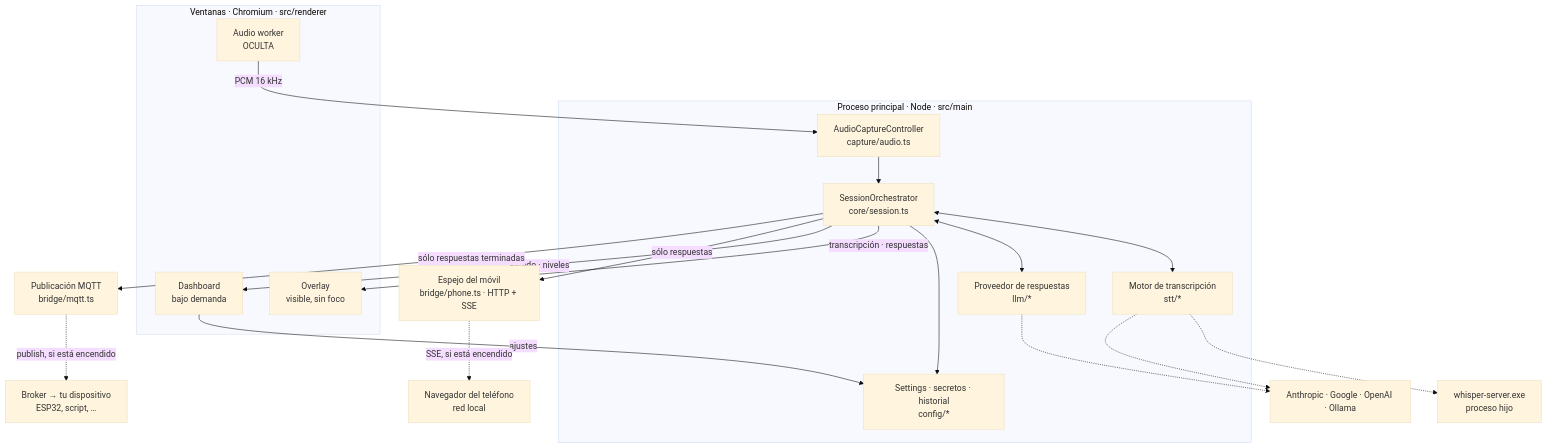
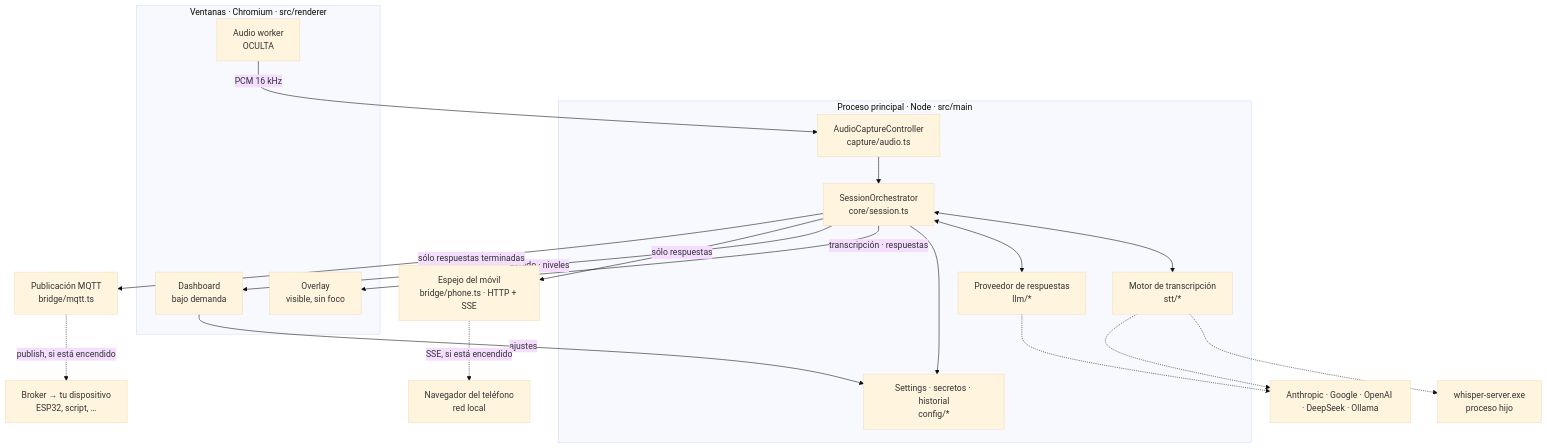
One commit to cflarios/Tayori changed the first of 7 diagrams in ARCHITECTURE.md. Above: the diagram before and after it, drawn with Mermaid (base theme). The commit also changed other lines of this file and 19 other files, not shown here.

First line of the commit message:
feat: DeepSeek como quinto proveedor, y tres arreglos de UX

````diff
--- a/ARCHITECTURE.md
+++ b/ARCHITECTURE.md
@@ -17,40 +17,40 @@
 ```mermaid
 flowchart TB
     subgraph main["Proceso principal · Node · src/main"]
         SESSION["SessionOrchestrator<br/>core/session.ts"]
         CAPTURE["AudioCaptureController<br/>capture/audio.ts"]
         STT["Motor de transcripción<br/>stt/*"]
         LLM["Proveedor de respuestas<br/>llm/*"]
         STORE["Settings · secretos · historial<br/>config/*"]
     end
 
     subgraph renderers["Ventanas · Chromium · src/renderer"]
         OVERLAY["Overlay<br/>visible, sin foco"]
         DASH["Dashboard<br/>bajo demanda"]
         WORKER["Audio worker<br/>OCULTA"]
     end
 
     PHONE["Espejo del móvil<br/>bridge/phone.ts · HTTP + SSE"]
     MOBILE["Navegador del teléfono<br/>red local"]
     MQTT["Publicación MQTT<br/>bridge/mqtt.ts"]
     DEVICE["Broker → tu dispositivo<br/>ESP32, script, …"]
 
     WHISPER["whisper-server.exe<br/>proceso hijo"]
-    CLOUD["Anthropic · Google · OpenAI · Ollama"]
+    CLOUD["Anthropic · Google · OpenAI · DeepSeek · Ollama"]
 
     WORKER -- "PCM 16 kHz" --> CAPTURE
     CAPTURE --> SESSION
     SESSION <--> STT
     SESSION <--> LLM
     SESSION --> STORE
     STT -.-> WHISPER
     STT -.-> CLOUD
     LLM -.-> CLOUD
     SESSION -- "transcripción · respuestas" --> OVERLAY
     SESSION -- "estado · niveles" --> DASH
     DASH -- "ajustes" --> STORE
     SESSION -- "sólo respuestas" --> PHONE
     PHONE -. "SSE, si está encendido" .-> MOBILE
     SESSION -- "sólo respuestas terminadas" --> MQTT
     MQTT -. "publish, si está encendido" .-> DEVICE
 ```
````
